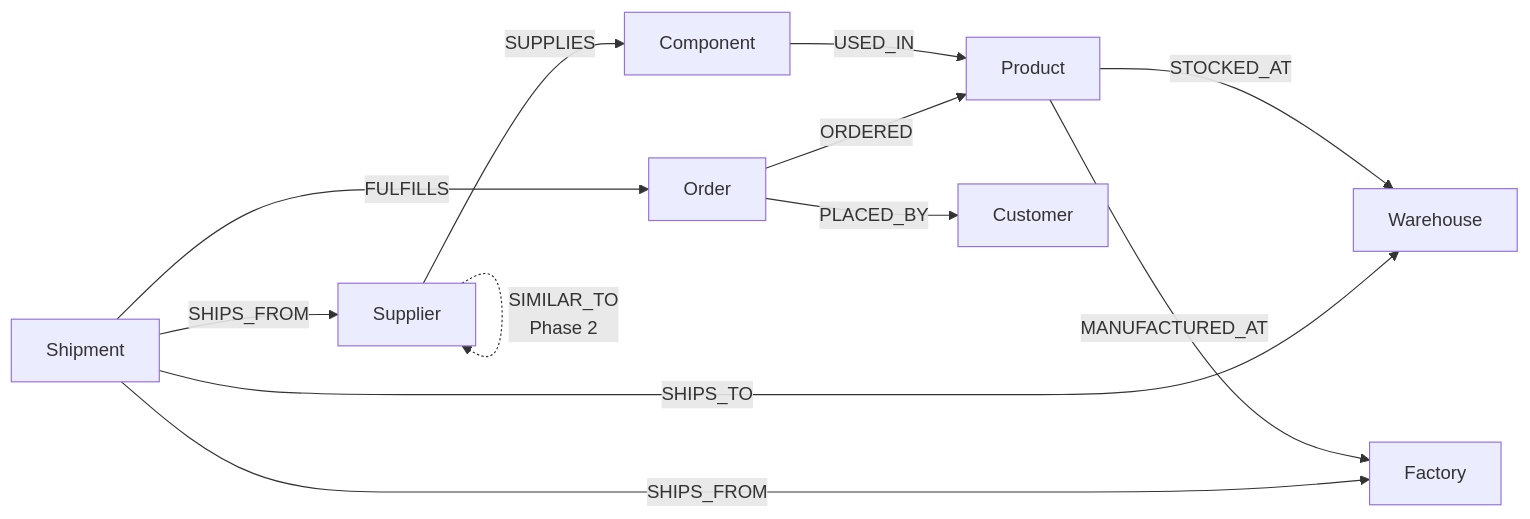
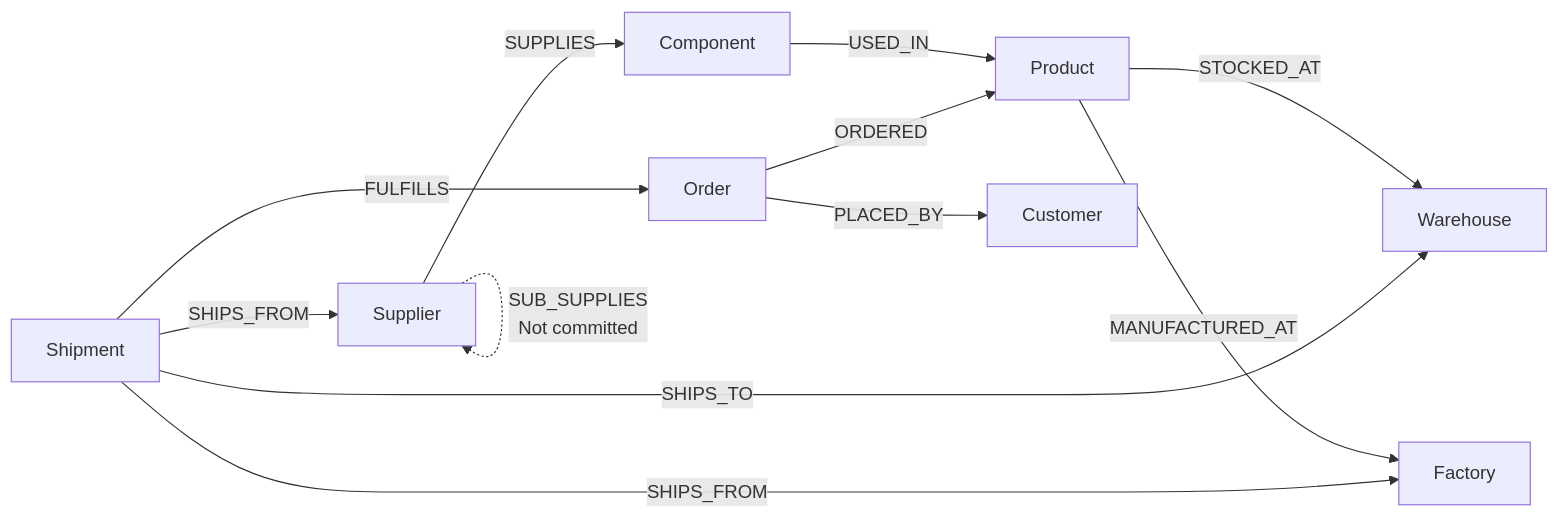
The first of 2 diagrams in docs/06_Graph_Database_Design.md (murali-ftw/ChainPilot), drawn with Mermaid before and after one commit. The commit also changed other lines of this file and 20 other files, not shown here.

Commit message:
Added New Architecture

````diff
--- a/docs/06_Graph_Database_Design.md
+++ b/docs/06_Graph_Database_Design.md
@@ -59,14 +61,15 @@
 ```mermaid
 flowchart LR
     SUP["Supplier"] -->|SUPPLIES| COMP["Component"]
     COMP -->|USED_IN| PROD["Product"]
     PROD -->|STOCKED_AT| WH["Warehouse"]
     PROD -->|MANUFACTURED_AT| FAC["Factory"]
     SHIP["Shipment"] -->|SHIPS_FROM| SUP
     SHIP -->|SHIPS_FROM| FAC
     SHIP -->|SHIPS_TO| WH
     SHIP -->|FULFILLS| ORD["Order"]
     ORD -->|ORDERED| PROD
     ORD -->|PLACED_BY| CUST["Customer"]
     SUP -.SIMILAR_TO\nPhase 2.-> SUP
+    SUP -.SUB_SUPPLIES\nNot committed.-> SUP
 ```
````
